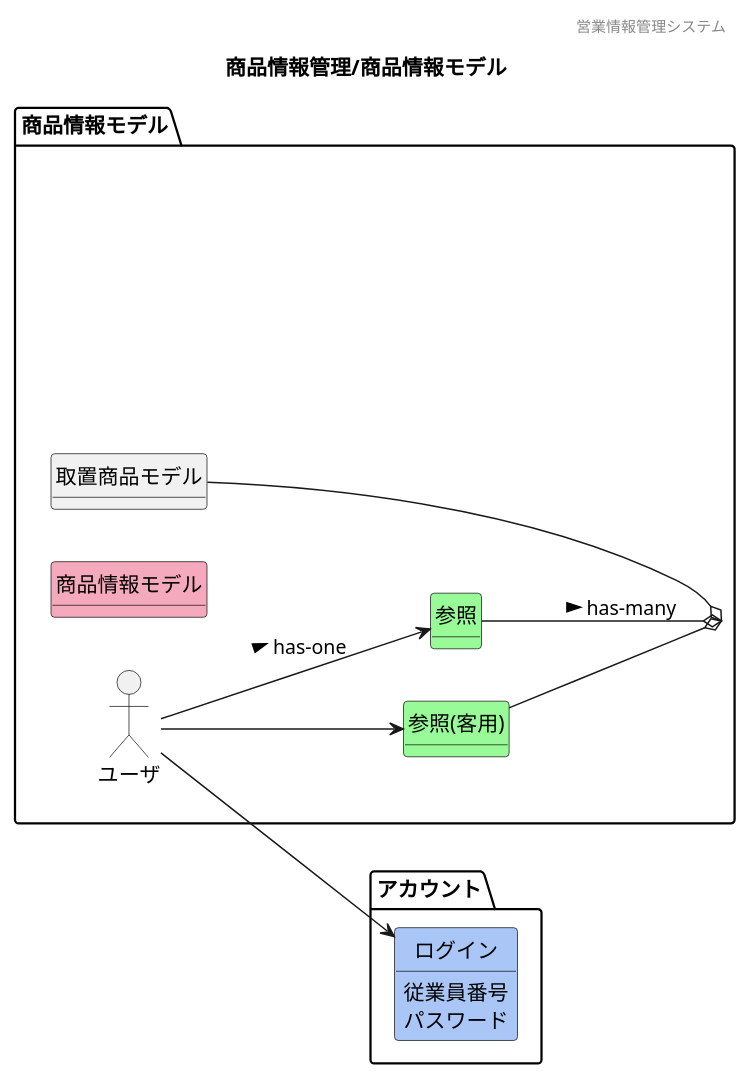
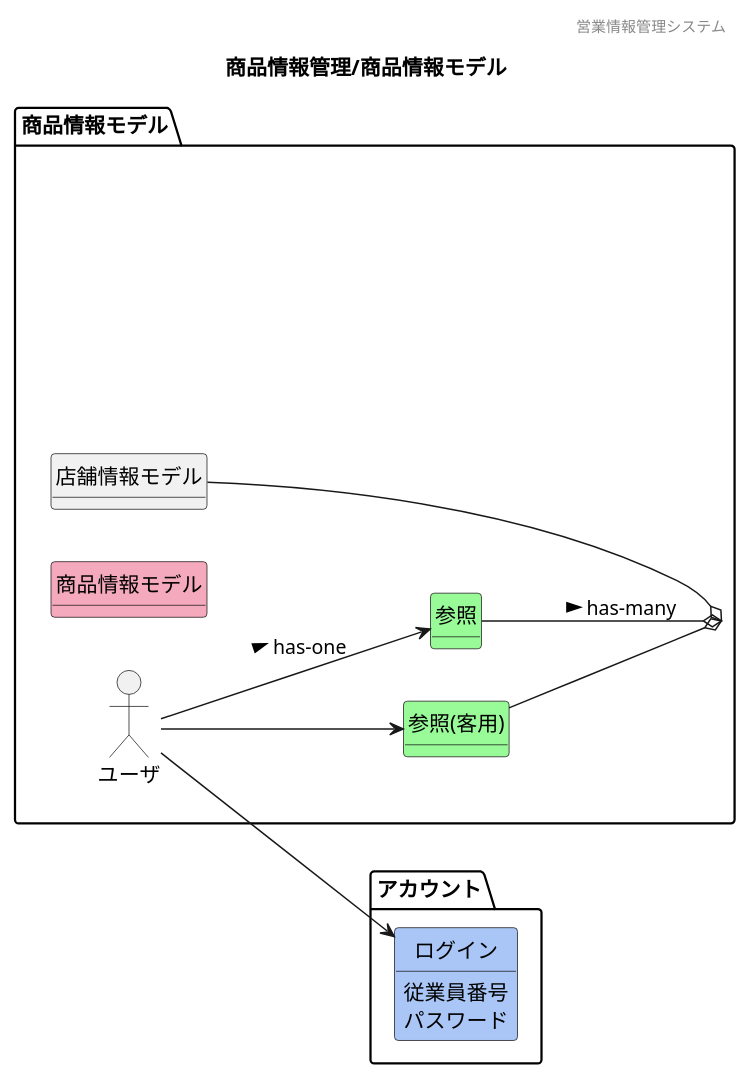
The diagram in 各種設計書/1ドメインモデル図/商品情報管理/F10見積.plantuml (HaruShim/Sotuken), drawn with PlantUML before and after one commit. The commit also changed 11 other files, not shown here.

```diff
--- a/各種設計書/1ドメインモデル図/商品情報管理/F10見積.plantuml
+++ b/各種設計書/1ドメインモデル図/商品情報管理/F10見積.plantuml
@@ -1,49 +1,49 @@
 @startuml ../images/商品情報管理/商品情報モデル
 ' ヘッダー
 header 営業情報管理システム
 ' タイトル
 title 商品情報管理/商品情報モデル
 ' 
 hide circle
 ' 
 hide method
 left to right direction
 
 package "アカウント"{
     class "ログイン" #A9C6F6
 
 }
 package "商品情報モデル" {
     mix_actor "ユーザ"
         class "参照(客用)" #98fb98
         class "参照" #98fb98
         class "商品情報モデル" #F5A9BC
-        class "取置商品モデル" 
+        class "店舗情報モデル" 
 }
 
 ' package "マスタ管理"{
 ' }
 
     ユーザ --> 参照 : > has-one
     ユーザ --> "参照(客用)"
     ユーザ --> ログイン
     参照 --o 商品情報モデル : > has-many
     "参照(客用)" --o 商品情報モデル
-    商品情報モデル o-- 取置商品モデル
+    商品情報モデル o-- 店舗情報モデル
     ' 商品情報モデル o-- マスタ管理
     ログイン : 従業員番号
     ログイン : パスワード
     
     商品情報モデル : 商品コード
     商品情報モデル : JANコード
     商品情報モデル : 型番
     商品情報モデル : メーカー名
     商品情報モデル : 店舗ID[FK]
     商品情報モデル : カテゴリ
     商品情報モデル : 商品状態
     商品情報モデル : 仕入価格
     商品情報モデル : 商品画像
     商品情報モデル : 作成日時
     商品情報モデル : 最終更新日時
 
 @enduml
```
